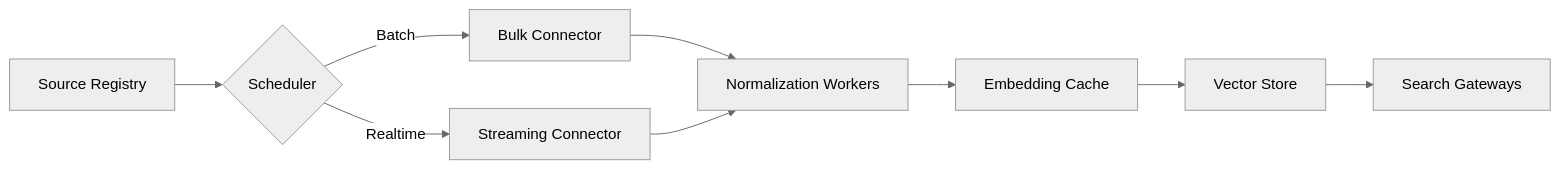
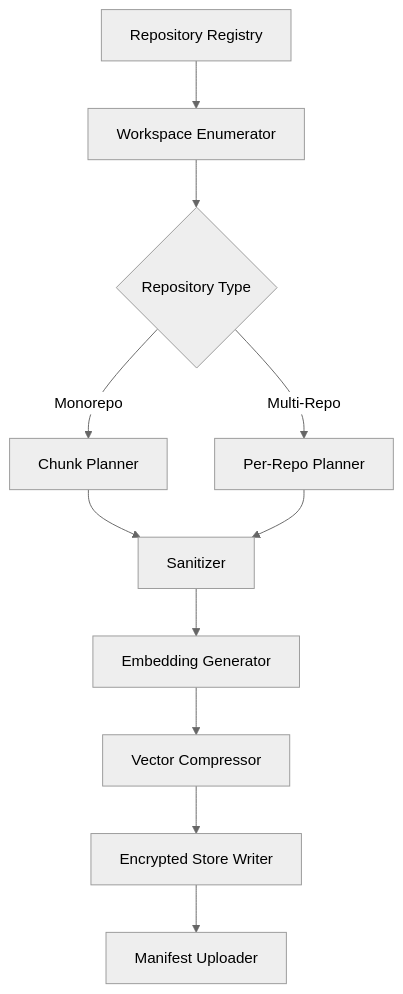
The second of 4 diagrams in docs/design/overview.md (JudgeZ/EmbedNexus), drawn with Mermaid (neutral theme) before and after one commit. The commit also changed other lines of this file, not shown here.

Commit message:
Update design overview for finalized local architecture

````diff
--- a/docs/design/overview.md
+++ b/docs/design/overview.md
@@ -100,11 +42,13 @@
 ```mermaid
-graph LR
-    A[Source Registry] --> B{Scheduler}
-    B -->|Batch| C[Bulk Connector]
-    B -->|Realtime| D[Streaming Connector]
-    C --> E[Normalization Workers]
-    D --> E
-    E --> F[Embedding Cache]
-    F --> G[Vector Store]
-    G --> H[Search Gateways]
+flowchart TD
+    A[Repository Registry] --> B[Workspace Enumerator]
+    B --> C{Repository Type}
+    C -->|Monorepo| D[Chunk Planner]
+    C -->|Multi-Repo| E[Per-Repo Planner]
+    D --> F[Sanitizer]
+    E --> F
+    F --> G[Embedding Generator]
+    G --> H[Vector Compressor]
+    H --> I[Encrypted Store Writer]
+    I --> J[Manifest Uploader]
 ```
````
